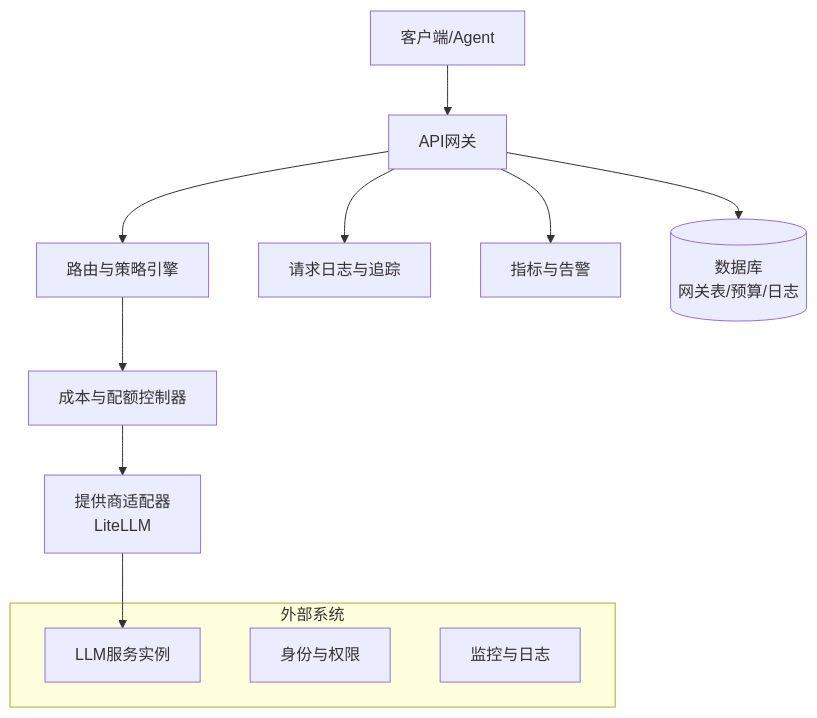
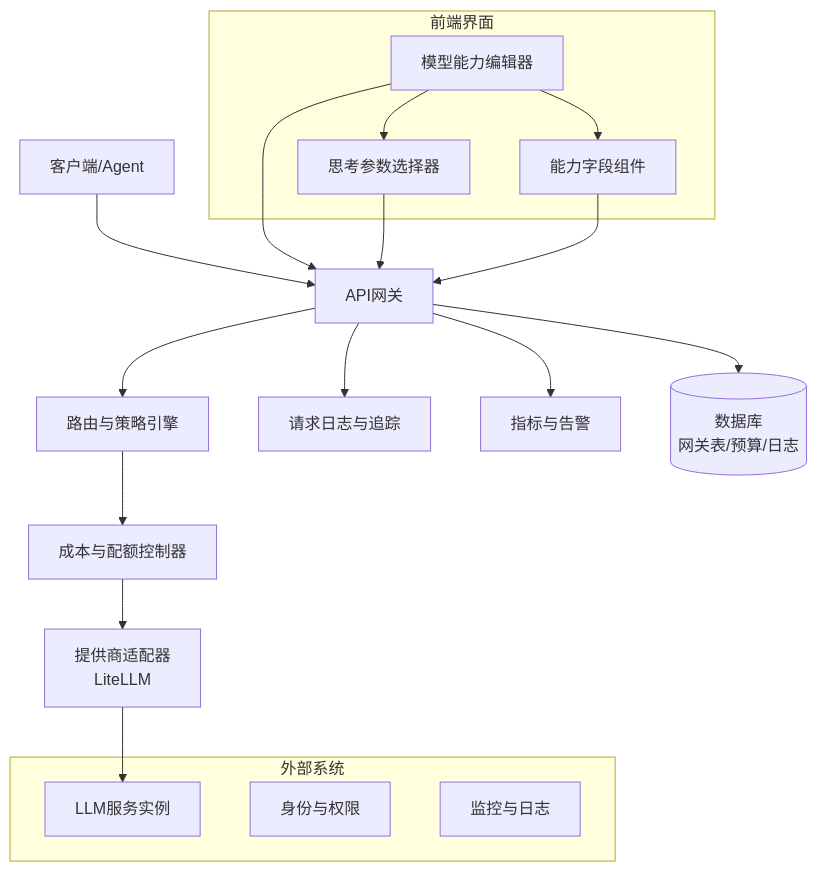
The second of 20 diagrams in .qoder/repowiki/zh/content/网关服务架构/网关服务架构.md (tianyehedashu/ai-agent), drawn with Mermaid before and after one commit. The commit also changed other lines of this file and 32 other files, not shown here.

````diff
--- a/.qoder/repowiki/zh/content/网关服务架构/网关服务架构.md
+++ b/.qoder/repowiki/zh/content/网关服务架构/网关服务架构.md
@@ -155,16 +170,26 @@
 ```mermaid
 graph TB
 Client["客户端/Agent"] --> API["API网关"]
 API --> Router["路由与策略引擎"]
 Router --> Cost["成本与配额控制器"]
 Cost --> Provider["提供商适配器<br/>LiteLLM"]
 Provider --> LLM["LLM服务实例"]
 API --> Logger["请求日志与追踪"]
 API --> Metrics["指标与告警"]
 API --> DB[("数据库<br/>网关表/预算/日志")]
+subgraph "前端界面"
+FE_Editor["模型能力编辑器"]
+FE_Select["思考参数选择器"]
+FE_Field["能力字段组件"]
+FE_Editor --> FE_Select
+FE_Editor --> FE_Field
+end
 subgraph "外部系统"
 LLM
 IAM["身份与权限"]
 MON["监控与日志"]
 end
+FE_Editor --> API
+FE_Select --> API
+FE_Field --> API
 ```
````
